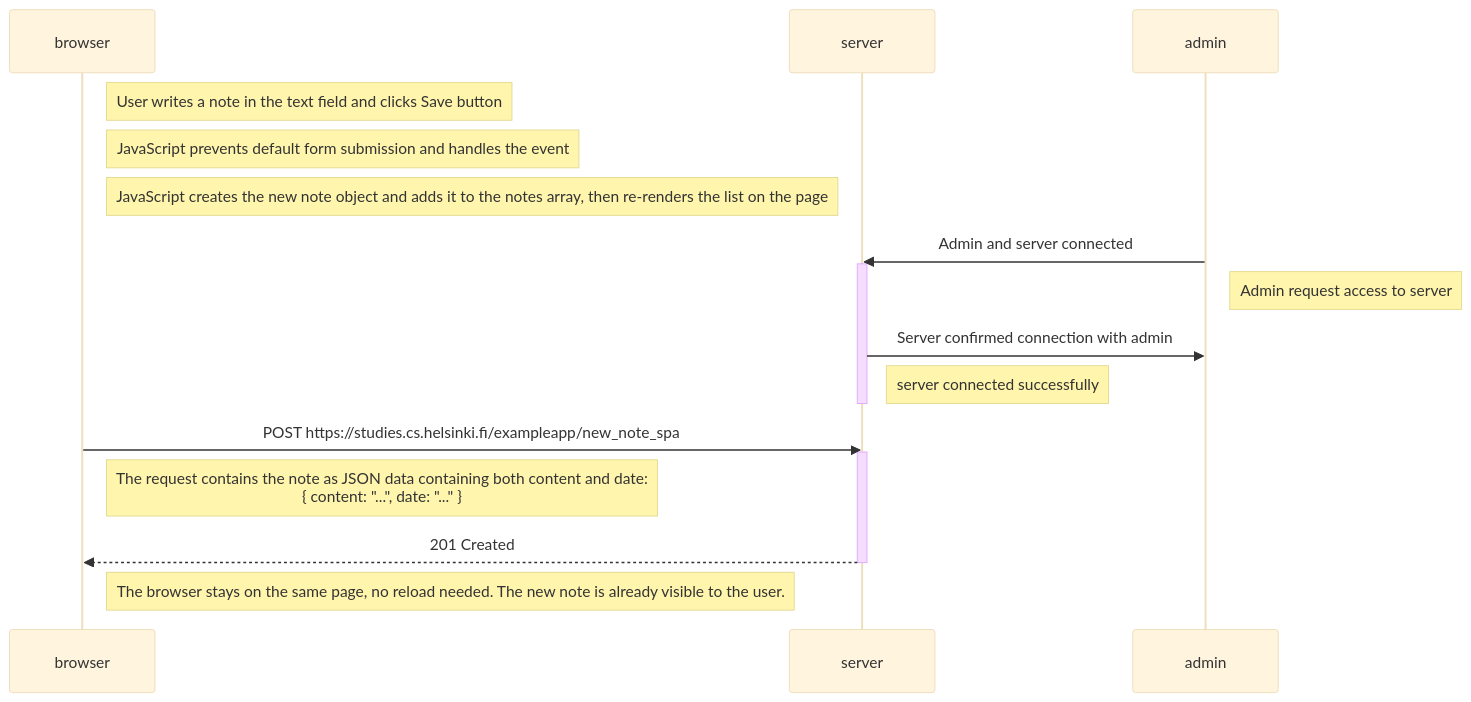
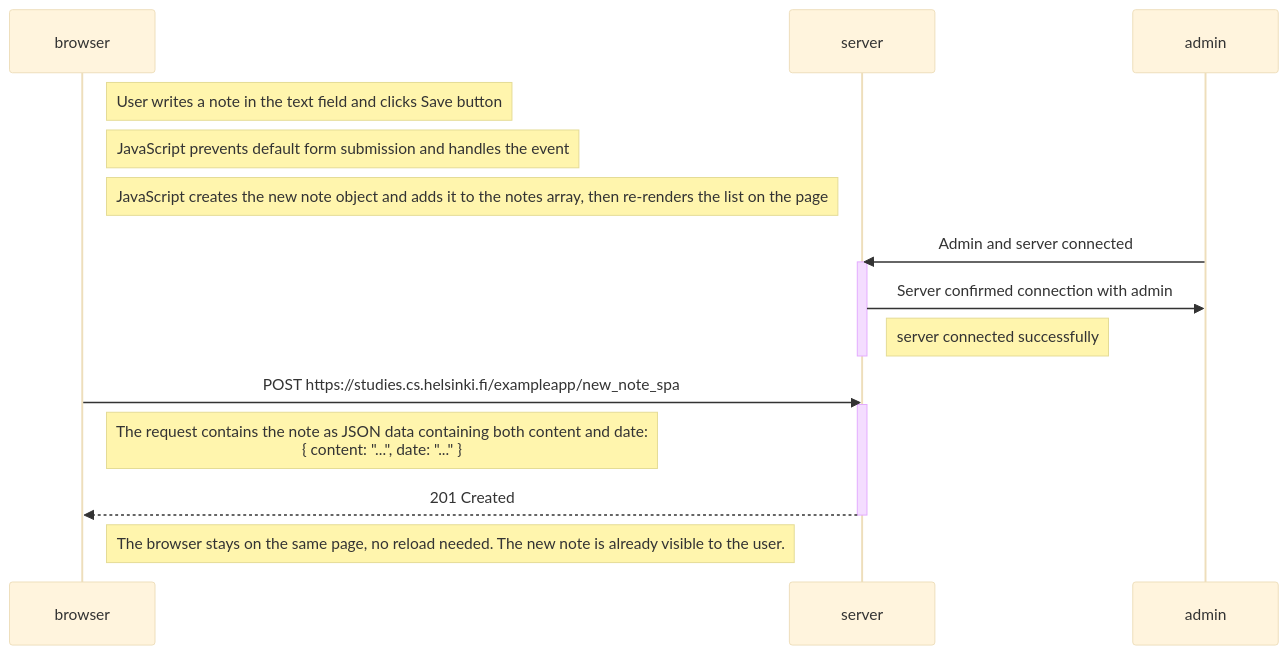
The diagram in part0/exercise-0.6.mermaid (roqcodes/fullstockopen), drawn with Mermaid (base theme) before and after one commit.

Commit message:
Remove admin note about server access request

```diff
--- a/part0/exercise-0.6.mermaid
+++ b/part0/exercise-0.6.mermaid
@@ -1,28 +1,27 @@
 sequenceDiagram
     participant browser
     participant server
     participant admin
 
     Note right of browser: User writes a note in the text field and clicks Save button
     
     Note right of browser: JavaScript prevents default form submission and handles the event
     
     Note right of browser: JavaScript creates the new note object and adds it to the notes array, then re-renders the list on the page
 
     admin->>server: Admin and server connected
     activate server
-    Note right of admin: Admin request access to server
 
     server->>admin: Server confirmed connection with admin
     Note right of server: server connected successfully
     deactivate server
 
     
     browser->>server: POST https://studies.cs.helsinki.fi/exampleapp/new_note_spa
     activate server
     Note right of browser: The request contains the note as JSON data containing both content and date: <br/> { content: "...", date: "..." }
     
     server-->>browser: 201 Created
     deactivate server
     
     Note right of browser: The browser stays on the same page, no reload needed. The new note is already visible to the user.
```
